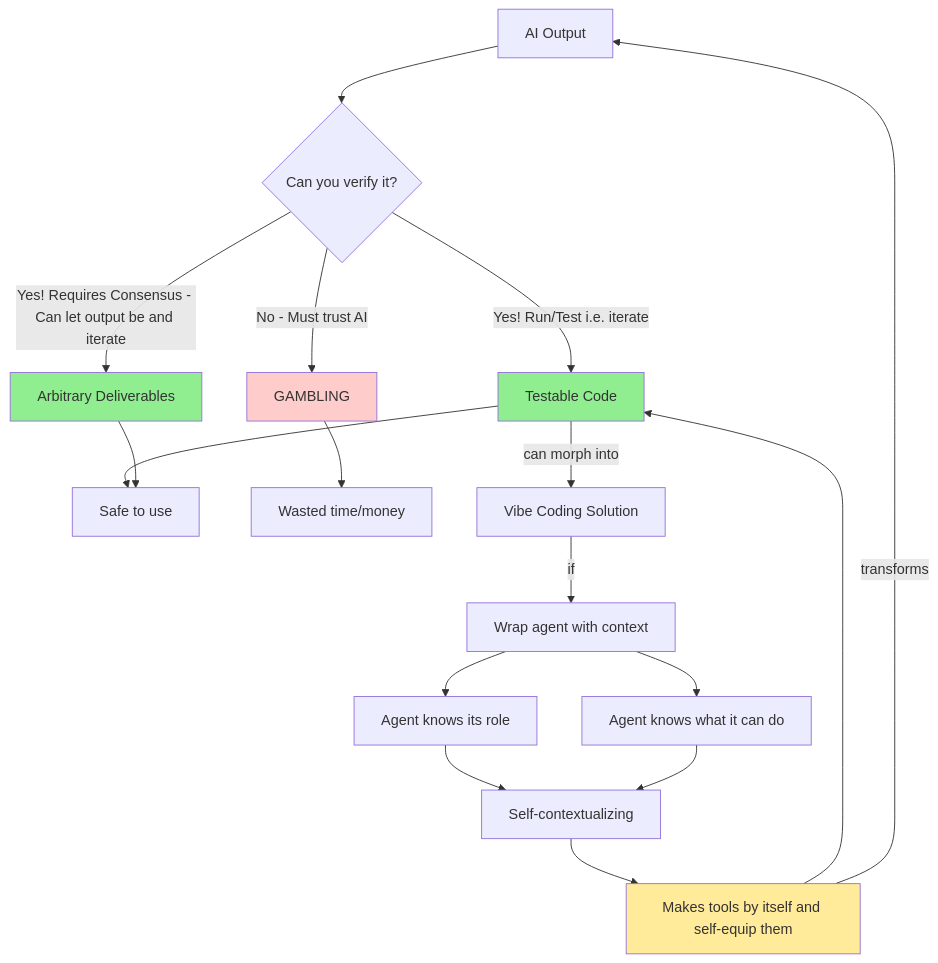
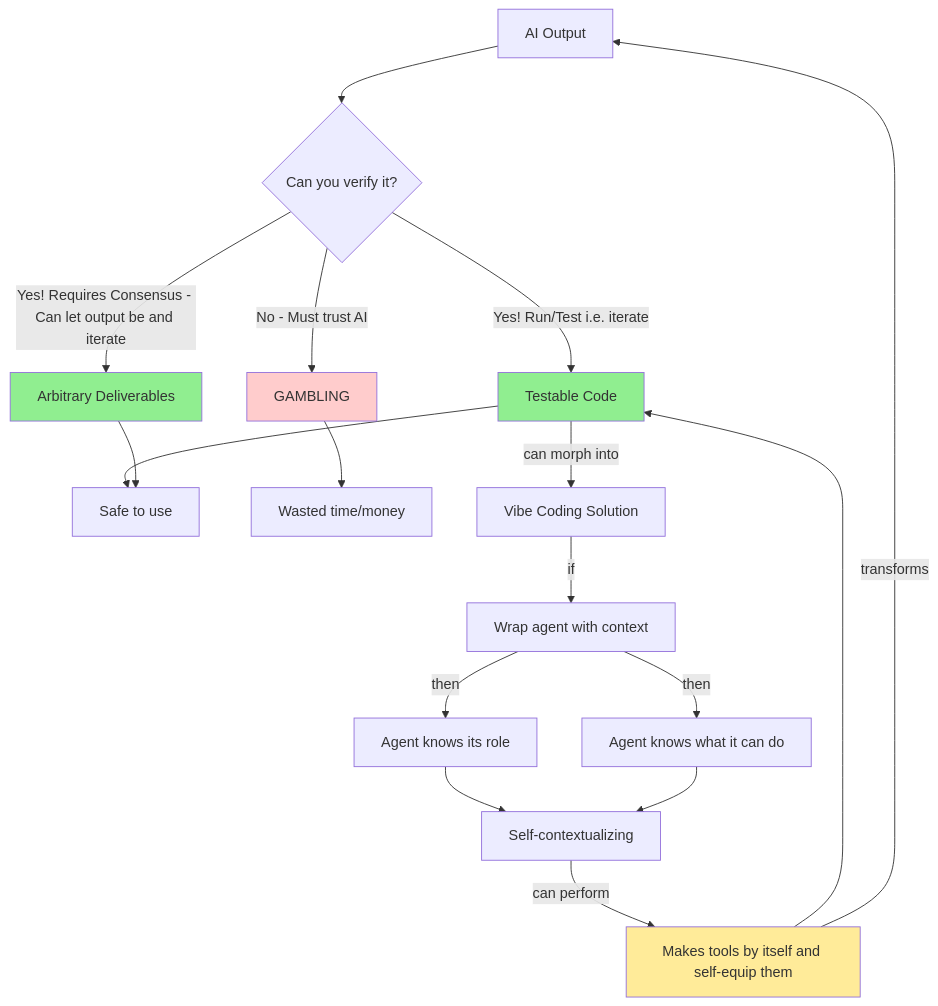
One commit to sancovp/starship-mcp changed the diagram in docs/diagrams/0_BaseSituation.mermaid. Above: the diagram before and after it, drawn with Mermaid.

```diff
--- a/docs/diagrams/0_BaseSituation.mermaid
+++ b/docs/diagrams/0_BaseSituation.mermaid
@@ -1,24 +1,24 @@
 flowchart TD
     A[AI Output] --> B{Can you verify it?}
     B -->|Yes! Run/Test i.e. iterate| C[Testable Code]
     B -->|Yes! Requires Consensus - Can let output be and iterate| D[Arbitrary Deliverables]
     B -->|No - Must trust AI| E[GAMBLING]
     
     C --> F[Safe to use]
     D --> F
     E --> G[Wasted time/money]
     
     H[Vibe Coding Solution] -->|if| I[Wrap agent with context]
-    I --> J[Agent knows its role]
-    I --> K[Agent knows what it can do]
+    I -->|then| J[Agent knows its role]
+    I -->|then| K[Agent knows what it can do]
     J --> L[Self-contextualizing]
     K --> L
-    L --> M[Makes tools by itself and self-equip them]
+    L -->|can perform| M[Makes tools by itself and self-equip them]
     M --> C
     C -->|can morph into| H
     M -->|transforms| A
     
     style C fill:#90EE90
     style D fill:#90EE90
     style E fill:#ffcccc
     style M fill:#ffeb99
```
